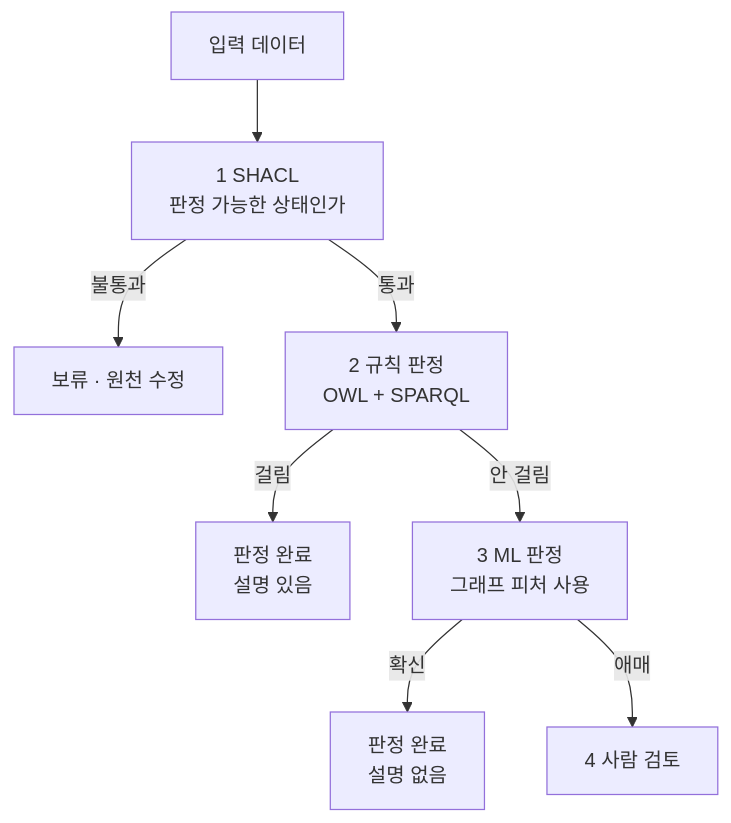
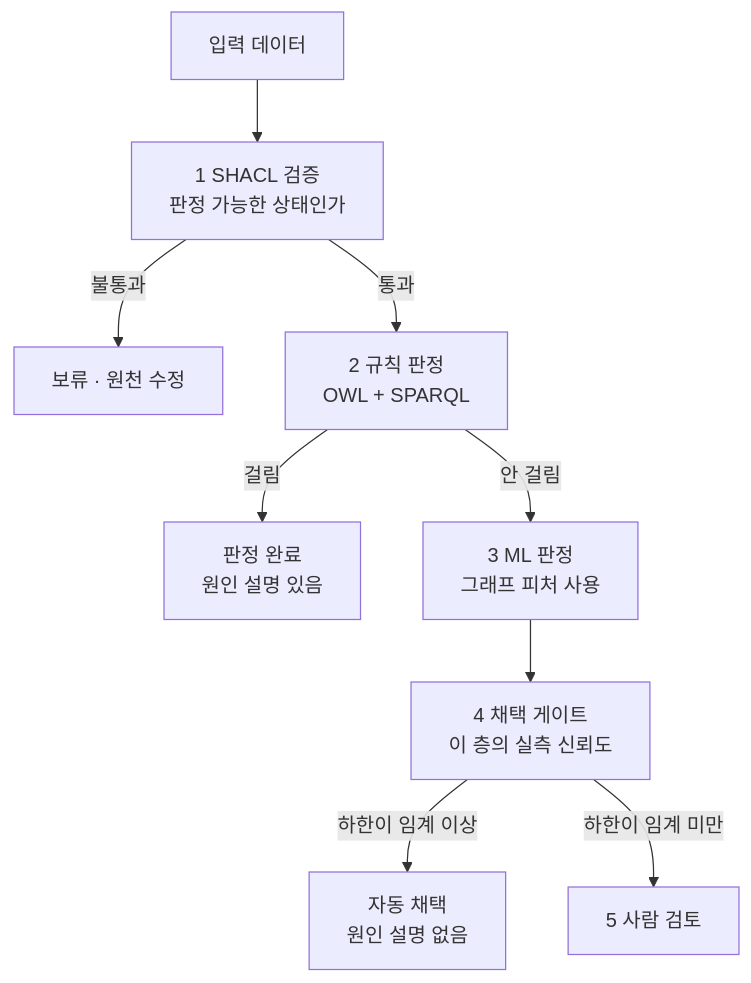
Before and after one commit to Junseop-Shin/Work: the fifth of 6 diagrams in Study/강의/온톨로지-지식그래프/S11-1-온톨로지가-하지-않는-일.md, drawn with Mermaid. The commit also changed other lines of this file, not shown here.

````diff
--- a/Study/강의/온톨로지-지식그래프/S11-1-온톨로지가-하지-않는-일.md
+++ b/Study/강의/온톨로지-지식그래프/S11-1-온톨로지가-하지-않는-일.md
@@ -322,10 +322,11 @@
 ```mermaid
 graph TD
-  D["입력 데이터"] --> S["1 SHACL<br/>판정 가능한 상태인가"]
+  D["입력 데이터"] --> S["1 SHACL 검증<br/>판정 가능한 상태인가"]
   S -->|불통과| X["보류 · 원천 수정"]
   S -->|통과| R["2 규칙 판정<br/>OWL + SPARQL"]
-  R -->|걸림| E["판정 완료<br/>설명 있음"]
+  R -->|걸림| E["판정 완료<br/>원인 설명 있음"]
   R -->|안 걸림| M["3 ML 판정<br/>그래프 피처 사용"]
-  M -->|확신| P["판정 완료<br/>설명 없음"]
-  M -->|애매| H["4 사람 검토"]
+  M --> G["4 채택 게이트<br/>이 층의 실측 신뢰도"]
+  G -->|"하한이 임계 이상"| P["자동 채택<br/>원인 설명 없음"]
+  G -->|"하한이 임계 미만"| H["5 사람 검토"]
 ```
````
